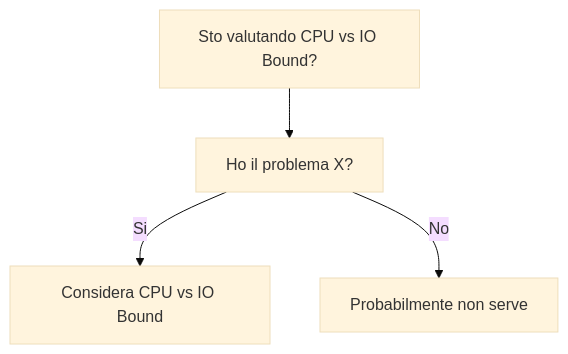
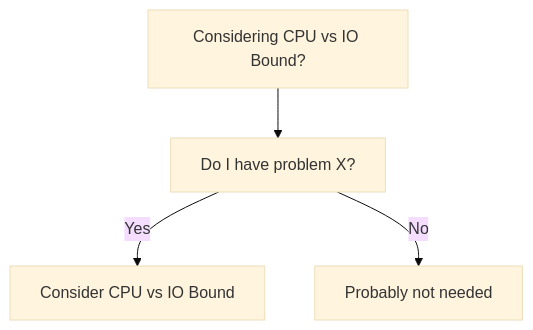
Before and after one commit to HxT9/Software-Dev-Wiki: the diagram in dev-wiki/11_Performance/CPU_vs_IO_Bound/When_To_Use.md, drawn with Mermaid (base theme). The commit also changed other lines of this file and 3444 other files, not shown here.

````diff
--- a/dev-wiki/11_Performance/CPU_vs_IO_Bound/When_To_Use.md
+++ b/dev-wiki/11_Performance/CPU_vs_IO_Bound/When_To_Use.md
@@ -19,6 +19,6 @@
 ```mermaid
 flowchart TD
-  Q[Sto valutando CPU vs IO Bound?] --> Q1[Ho il problema X?]
-  Q1 -->|Si| OK[Considera CPU vs IO Bound]
-  Q1 -->|No| NO[Probabilmente non serve]
+  Q[Considering CPU vs IO Bound?] --> Q1[Do I have problem X?]
+  Q1 -->|Yes| OK[Consider CPU vs IO Bound]
+  Q1 -->|No| NO[Probably not needed]
 ```
````
